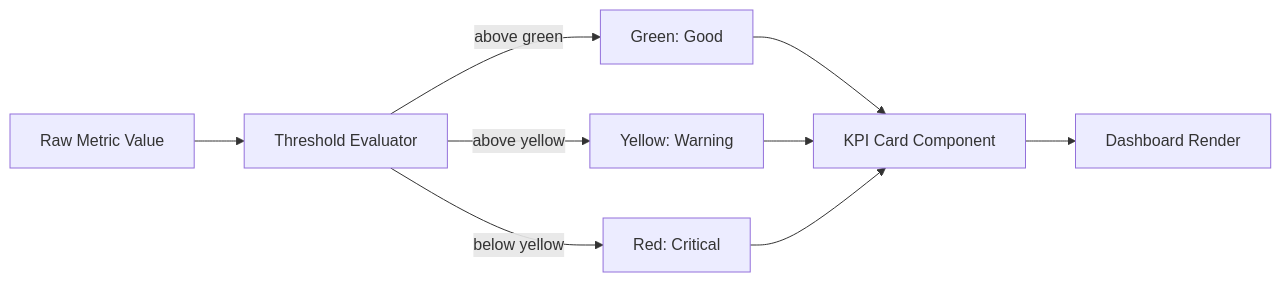
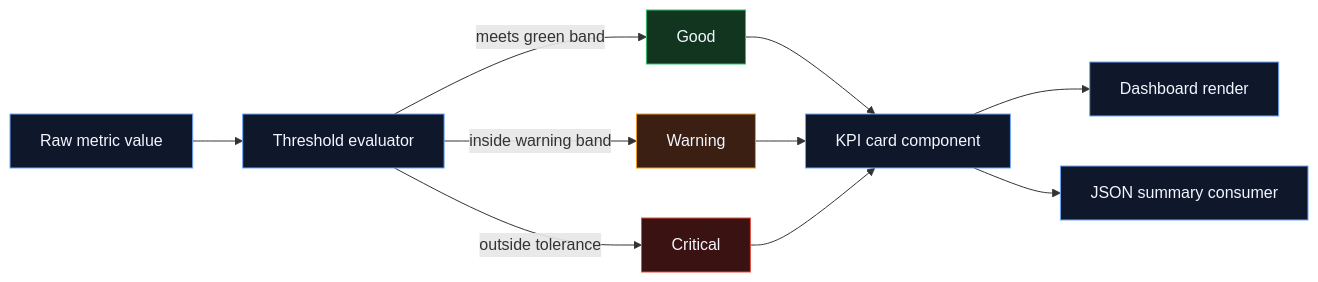
The second of 2 diagrams in docs/dashboard.md (AngelP17/Rift), drawn with Mermaid before and after one commit. The commit also changed other lines of this file and 8 other files, not shown here.

````diff
--- a/docs/dashboard.md
+++ b/docs/dashboard.md
@@ -85,11 +105,21 @@
 ```mermaid
 flowchart LR
-    RAW[Raw Metric Value] --> EVAL[Threshold Evaluator]
-    EVAL -->|above green| G["Green: Good"]
-    EVAL -->|above yellow| Y["Yellow: Warning"]
-    EVAL -->|below yellow| R["Red: Critical"]
-    G --> CARD[KPI Card Component]
+    RAW["Raw metric value"] --> EVAL["Threshold evaluator"]
+    EVAL -->|"meets green band"| G["Good"]
+    EVAL -->|"inside warning band"| Y["Warning"]
+    EVAL -->|"outside tolerance"| R["Critical"]
+    G --> CARD["KPI card component"]
     Y --> CARD
     R --> CARD
-    CARD --> DASH[Dashboard Render]
+    CARD --> DASH["Dashboard render"]
+    CARD --> SUMMARY["JSON summary consumer"]
+
+    classDef input fill:#0f172a,stroke:#6ea8fe,color:#f3f6ff
+    classDef good fill:#12351f,stroke:#2fbf71,color:#f3f6ff
+    classDef warn fill:#3a1f12,stroke:#f39c12,color:#f3f6ff
+    classDef bad fill:#3a1212,stroke:#e74c3c,color:#f3f6ff
+    class RAW,EVAL,CARD,SUMMARY,DASH input
+    class G good
+    class Y warn
+    class R bad
 ```
````
